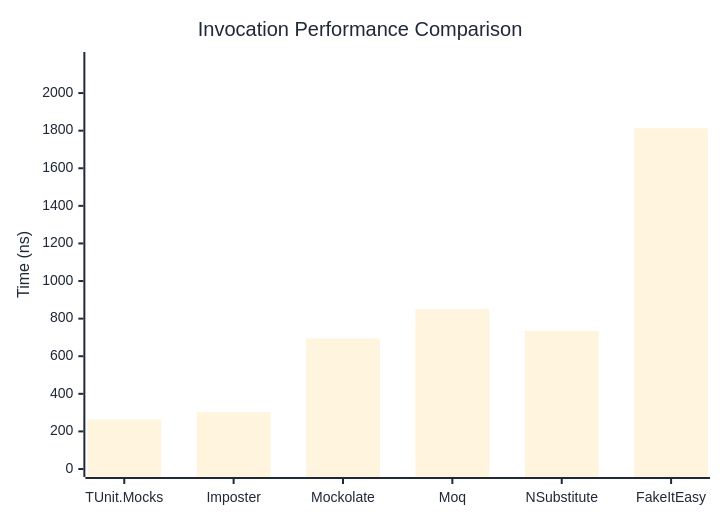
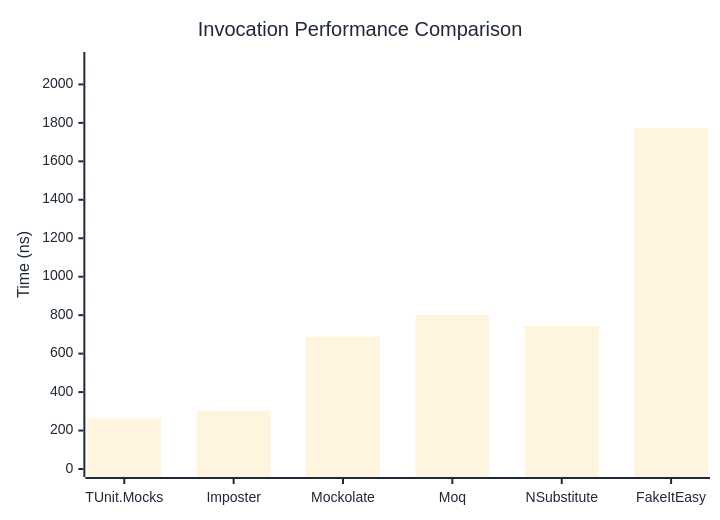
Before and after one commit to thomhurst/TUnit: the first of 3 diagrams in docs/docs/benchmarks/mocks/Invocation.md, drawn with Mermaid. The commit also changed other lines of this file and 14 other files, not shown here.

````diff
--- a/docs/docs/benchmarks/mocks/Invocation.md
+++ b/docs/docs/benchmarks/mocks/Invocation.md
@@ -28,27 +28,27 @@
 ```mermaid
 %%{init: {
   'theme':'base',
   'themeVariables': {
     'primaryColor': '#2563eb',
     'primaryTextColor': '#1f2937',
     'primaryBorderColor': '#1e40af',
     'lineColor': '#6b7280',
     'secondaryColor': '#7c3aed',
     'tertiaryColor': '#dc2626',
     'background': '#ffffff',
     'pie1': '#2563eb',
     'pie2': '#7c3aed',
     'pie3': '#dc2626',
     'pie4': '#f59e0b',
     'pie5': '#10b981',
     'pie6': '#06b6d4',
     'pie7': '#ec4899',
     'pie8': '#6366f1'
   }
 }}%%
 xychart-beta
   title "Invocation Performance Comparison"
   x-axis ["TUnit.Mocks", "Imposter", "Mockolate", "Moq", "NSubstitute", "FakeItEasy"]
-  y-axis "Time (ns)" 0 --> 2176
-  bar [262.9, 302.5, 694.4, 851.5, 734.4, 1812.9]
+  y-axis "Time (ns)" 0 --> 2127
+  bar [263.5, 303.6, 687.7, 801.1, 743.6, 1772.1]
 ```
````
